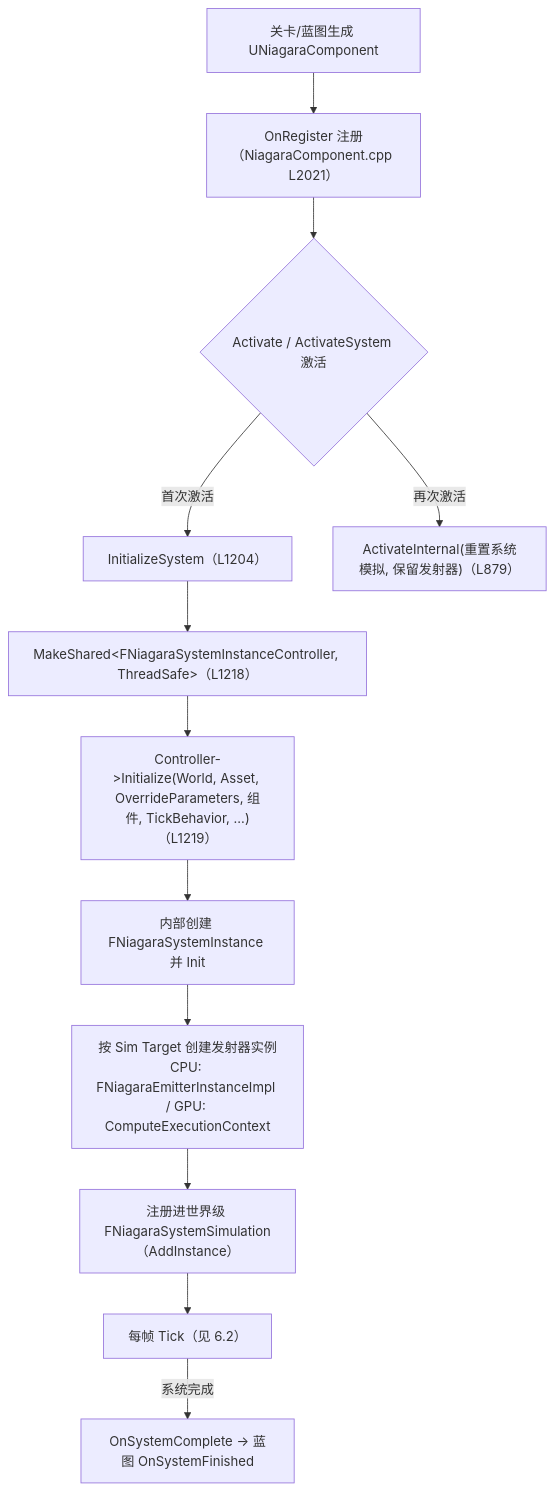
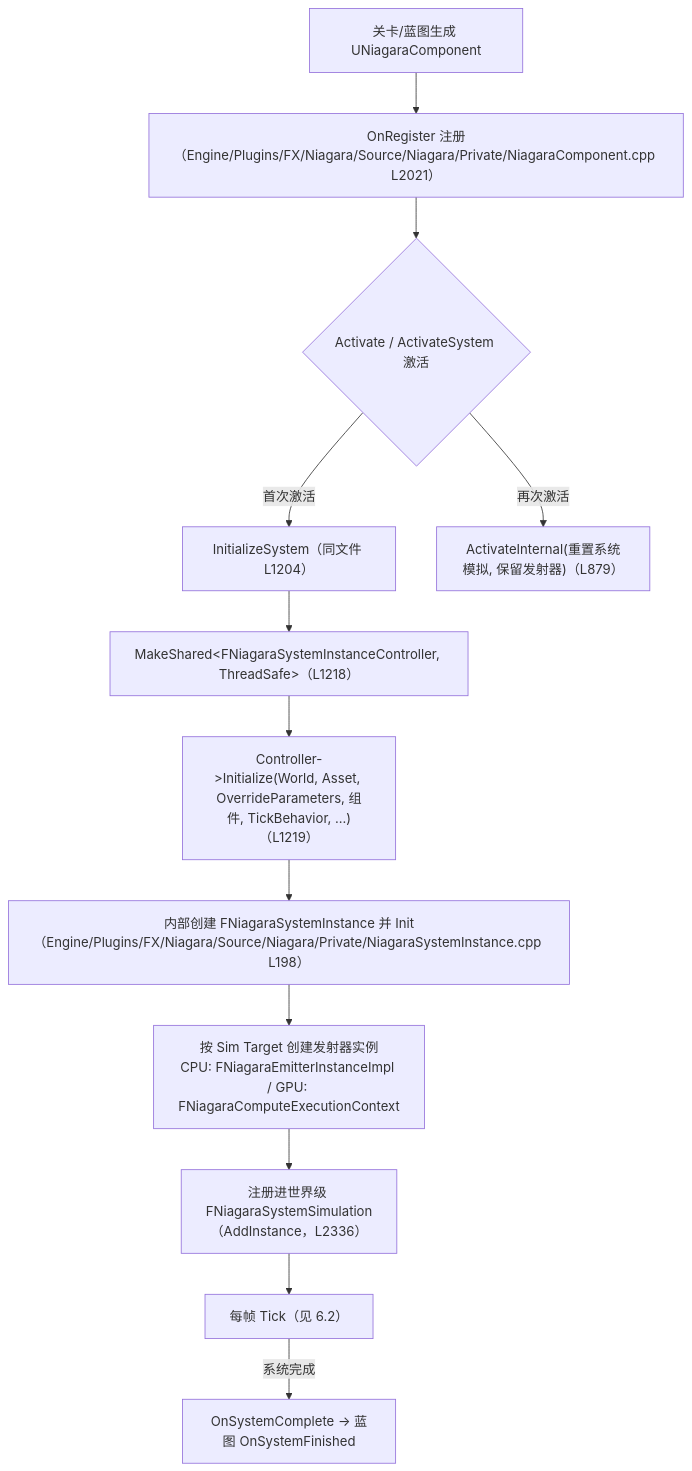
Before and after one commit to fantuan812/learning: the first of 3 diagrams in 游戏知识/12-引擎源码分析/17-Niagara源码.md, drawn with Mermaid. The commit also changed other lines of this file and 264 other files, not shown here.

````diff
--- a/游戏知识/12-引擎源码分析/17-Niagara源码.md
+++ b/游戏知识/12-引擎源码分析/17-Niagara源码.md
@@ -926,14 +1279,14 @@
 ```mermaid
 flowchart TD
-    A["关卡/蓝图生成 UNiagaraComponent"] --> B["OnRegister 注册（NiagaraComponent.cpp L2021）"]
+    A["关卡/蓝图生成 UNiagaraComponent"] --> B["OnRegister 注册（Engine/Plugins/FX/Niagara/Source/Niagara/Private/NiagaraComponent.cpp L2021）"]
     B --> C{"Activate / ActivateSystem 激活"}
-    C -->|"首次激活"| D["InitializeSystem（L1204）"]
+    C -->|"首次激活"| D["InitializeSystem（同文件 L1204）"]
     D --> E["MakeShared&lt;FNiagaraSystemInstanceController, ThreadSafe&gt;（L1218）"]
     E --> F["Controller->Initialize(World, Asset, OverrideParameters, 组件, TickBehavior, ...)（L1219）"]
-    F --> G["内部创建 FNiagaraSystemInstance 并 Init"]
-    G --> H["按 Sim Target 创建发射器实例<br/>CPU: FNiagaraEmitterInstanceImpl / GPU: ComputeExecutionContext"]
-    H --> I["注册进世界级 FNiagaraSystemSimulation（AddInstance）"]
+    F --> G["内部创建 FNiagaraSystemInstance 并 Init（Engine/Plugins/FX/Niagara/Source/Niagara/Private/NiagaraSystemInstance.cpp L198）"]
+    G --> H["按 Sim Target 创建发射器实例<br/>CPU: FNiagaraEmitterInstanceImpl / GPU: FNiagaraComputeExecutionContext"]
+    H --> I["注册进世界级 FNiagaraSystemSimulation（AddInstance，L2336）"]
     C -->|"再次激活"| J["ActivateInternal(重置系统模拟, 保留发射器)（L879）"]
     I --> K["每帧 Tick（见 6.2）"]
     K -->|"系统完成"| L["OnSystemComplete -> 蓝图 OnSystemFinished"]
 ```
````
